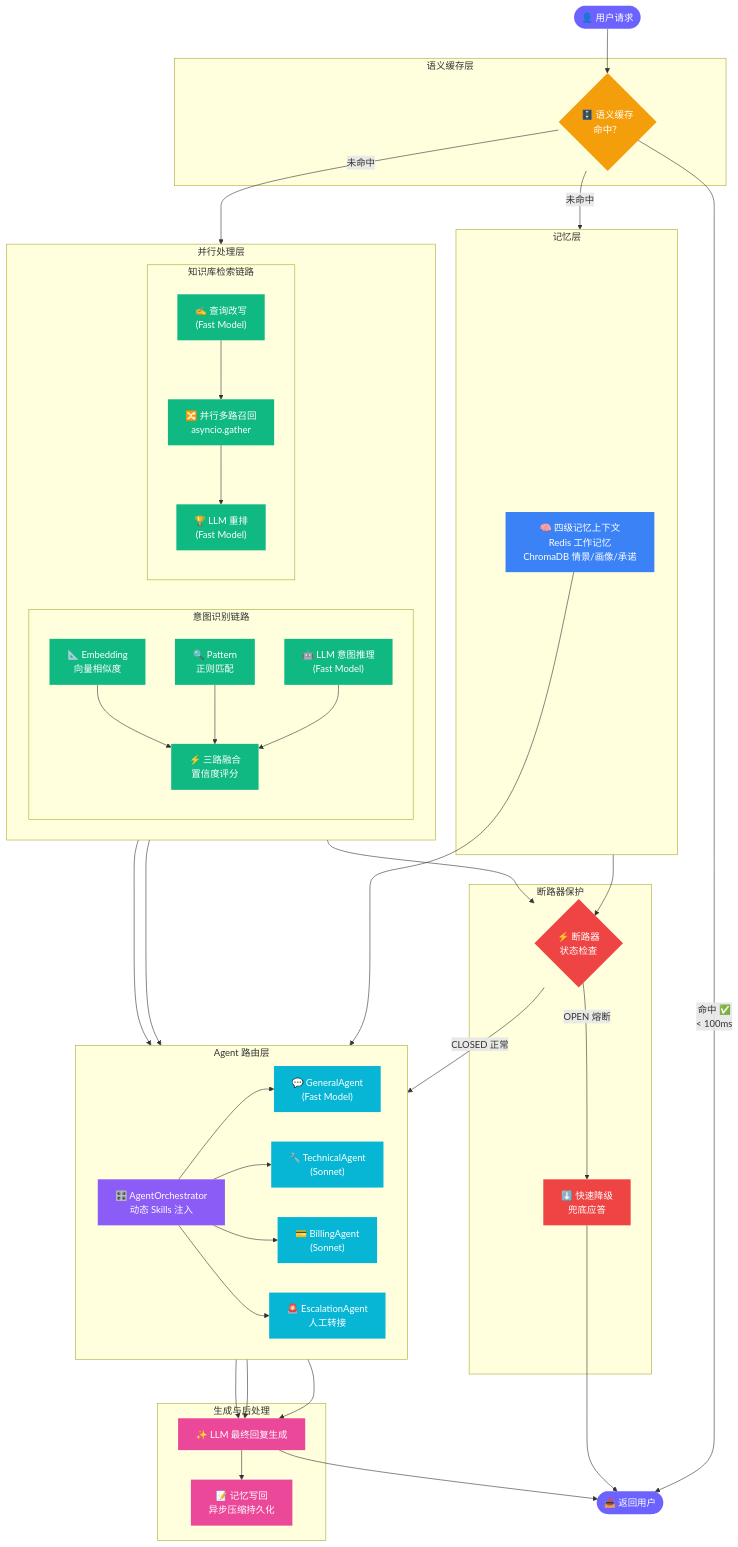
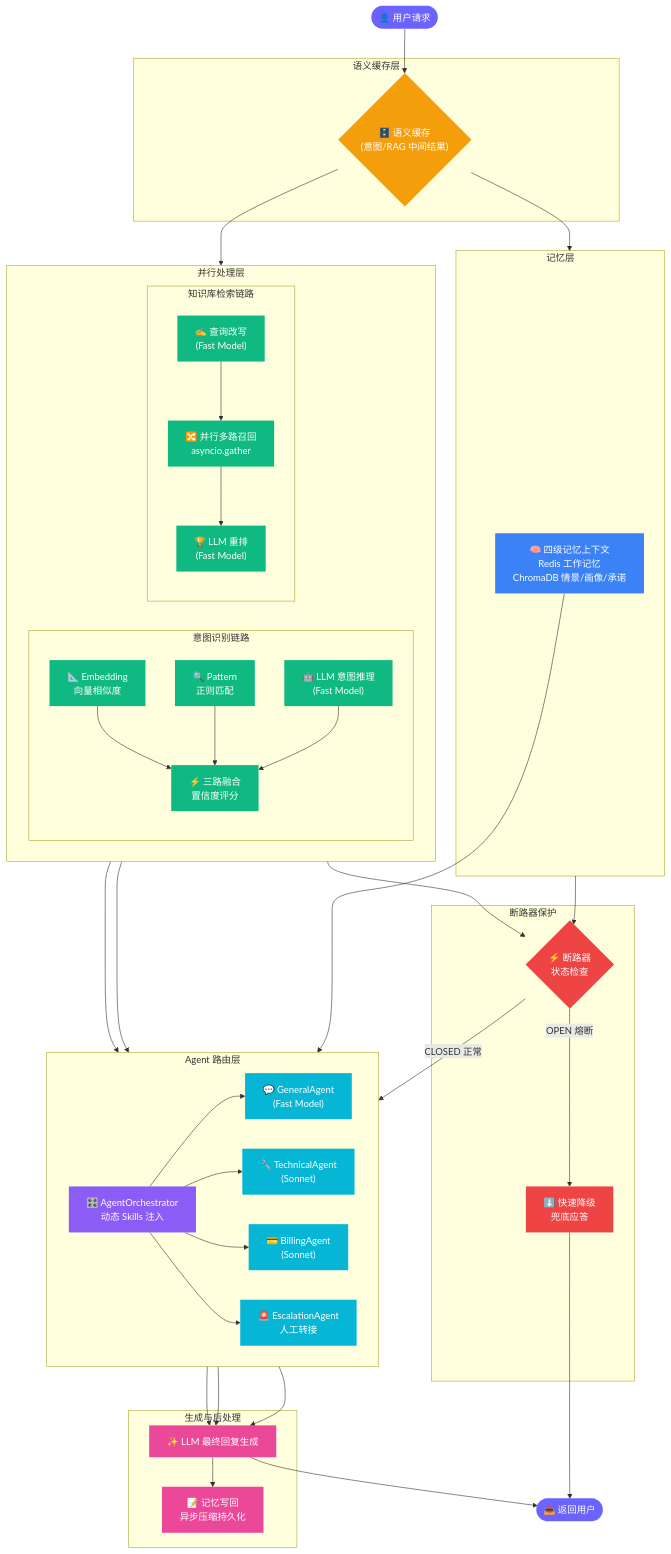
Before and after one commit to yolo-0/Oops: the diagram in README.md, drawn with Mermaid. The commit also changed other lines of this file and 13 other files, not shown here.

````diff
--- a/README.md
+++ b/README.md
@@ -45,76 +61,75 @@
 ```mermaid
 flowchart TD
     U(["👤 用户请求"]):::user
 
     subgraph 语义缓存层
-        SC{"🗄️ 语义缓存\n命中？"}:::cache
+        SC{"🗄️ 语义缓存\n(意图/RAG 中间结果)"}:::cache
     end
 
     subgraph 并行处理层
         direction LR
         subgraph 意图识别链路
             direction TB
             EMB["📐 Embedding\n向量相似度"]:::fast
             PAT["🔍 Pattern\n正则匹配"]:::fast
             LLM_I["🤖 LLM 意图推理\n(Fast Model)"]:::fast
             EMB & PAT & LLM_I --> FUSE["⚡ 三路融合\n置信度评分"]:::fast
         end
         subgraph 知识库检索链路
             direction TB
             RW["✍️ 查询改写\n(Fast Model)"]:::fast
             PR["🔀 并行多路召回\nasyncio.gather"]:::fast
             RK["🏆 LLM 重排\n(Fast Model)"]:::fast
             RW --> PR --> RK
         end
     end
 
     subgraph 记忆层
         MEM["🧠 四级记忆上下文\nRedis 工作记忆\nChromaDB 情景/画像/承诺"]:::mem
     end
 
     subgraph 断路器保护
         CB{"⚡ 断路器\n状态检查"}:::cb
         DG["⬇️ 快速降级\n兜底应答"]:::cb
     end
 
     subgraph Agent 路由层
         direction LR
         ORC["🎛️ AgentOrchestrator\n动态 Skills 注入"]:::orch
         GA["💬 GeneralAgent\n(Fast Model)"]:::agent
         TA["🔧 TechnicalAgent\n(Sonnet)"]:::agent
         BA["💳 BillingAgent\n(Sonnet)"]:::agent
         ESC["🚨 EscalationAgent\n人工转接"]:::agent
     end
 
     subgraph 生成与后处理
         GEN["✨ LLM 最终回复生成"]:::gen
         MC["📝 记忆写回\n异步压缩持久化"]:::gen
     end
 
     A(["📤 返回用户"]):::user
 
     U --> SC
-    SC -- "命中 ✅\n< 100ms" --> A
-    SC -- "未命中" --> 并行处理层
-    SC -- "未命中" --> 记忆层
+    SC --> 并行处理层
+    SC --> 记忆层
     并行处理层 --> CB
     记忆层 --> CB
     CB -- "OPEN 熔断" --> DG --> A
     CB -- "CLOSED 正常" --> ORC
     FUSE --> ORC
     RK --> ORC
     MEM --> ORC
     ORC --> GA & TA & BA & ESC
     GA & TA & BA --> GEN
     GEN --> MC
     GEN --> A
 
     classDef user fill:#6c63ff,color:#fff,stroke:none
     classDef cache fill:#f59e0b,color:#fff,stroke:none
     classDef fast fill:#10b981,color:#fff,stroke:none
     classDef mem fill:#3b82f6,color:#fff,stroke:none
     classDef cb fill:#ef4444,color:#fff,stroke:none
     classDef orch fill:#8b5cf6,color:#fff,stroke:none
     classDef agent fill:#06b6d4,color:#fff,stroke:none
     classDef gen fill:#ec4899,color:#fff,stroke:none
 ```
````
